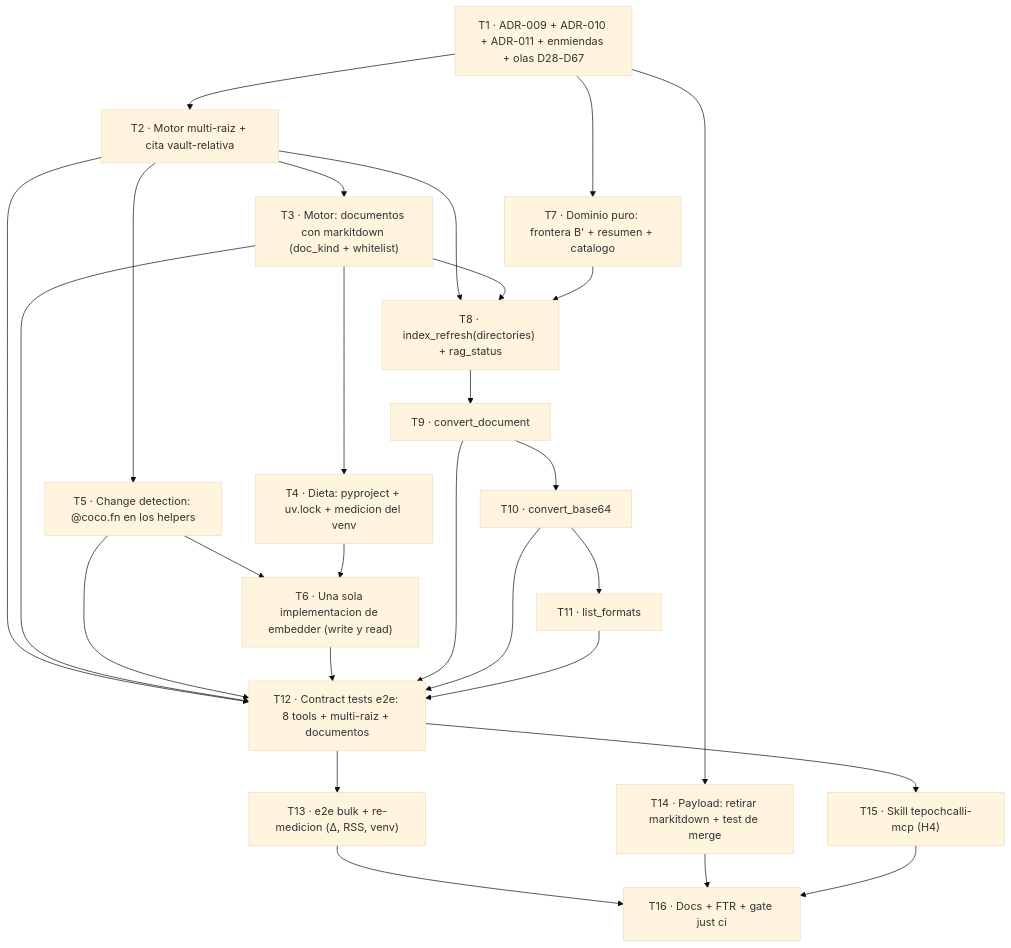
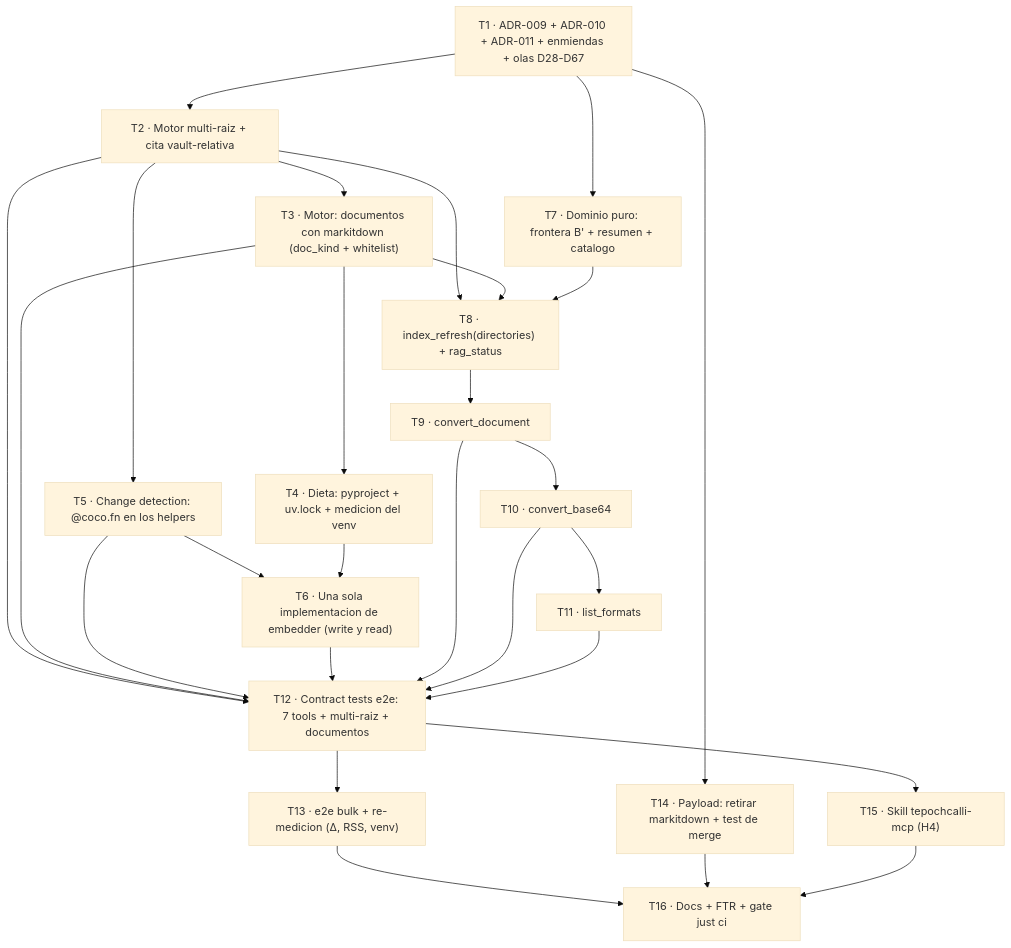
Before and after one commit to Fisherk2/tepochcalli-opencode: the diagram in tasks/plan.md, drawn with Mermaid (base theme). The commit also changed other lines of this file and 11 other files, not shown here.

````diff
--- a/tasks/plan.md
+++ b/tasks/plan.md
@@ -191,29 +191,29 @@
 ```mermaid
 graph TB
     T1["T1 · ADR-009 + ADR-010 + ADR-011 + enmiendas + olas D28-D67"] --> T2["T2 · Motor multi-raiz + cita vault-relativa"]
     T2 --> T3["T3 · Motor: documentos con markitdown (doc_kind + whitelist)"]
     T2 --> T5["T5 · Change detection: @coco.fn en los helpers"]
     T3 --> T4["T4 · Dieta: pyproject + uv.lock + medicion del venv"]
     T5 --> T6["T6 · Una sola implementacion de embedder (write y read)"]
     T4 --> T6
     T1 --> T7["T7 · Dominio puro: frontera B' + resumen + catalogo"]
     T2 --> T8["T8 · index_refresh(directories) + rag_status"]
     T3 --> T8
     T7 --> T8
     T8 --> T9["T9 · convert_document"]
     T9 --> T10["T10 · convert_base64"]
     T10 --> T11["T11 · list_formats"]
-    T2 --> T12["T12 · Contract tests e2e: 8 tools + multi-raiz + documentos"]
+    T2 --> T12["T12 · Contract tests e2e: 7 tools + multi-raiz + documentos"]
     T3 --> T12
     T5 --> T12
     T6 --> T12
     T9 --> T12
     T10 --> T12
     T11 --> T12
     T12 --> T13["T13 · e2e bulk + re-medicion (Δ, RSS, venv)"]
     T1 --> T14["T14 · Payload: retirar markitdown + test de merge"]
     T12 --> T15["T15 · Skill tepochcalli-mcp (H4)"]
     T13 --> T16["T16 · Docs + FTR + gate just ci"]
     T14 --> T16
     T15 --> T16
 ```
````
